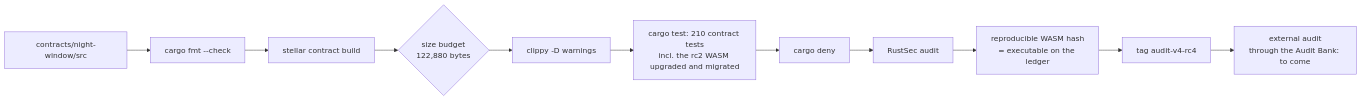
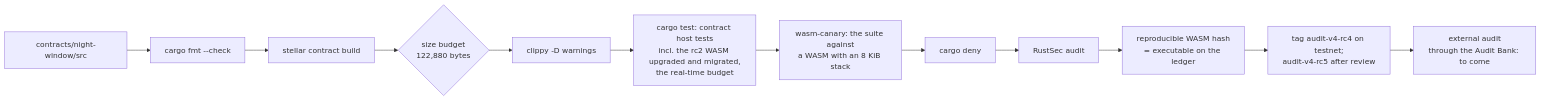
Before and after one commit to EricLtx/hackmeridian-2026: diagram 11 of 11 in docs/architecture.md, drawn with Mermaid. The commit also changed other lines of this file, not shown here.

First line of the commit message:
Docs: the architecture map at the rc5 candidate

````diff
--- a/docs/architecture.md
+++ b/docs/architecture.md
@@ -290,13 +299,14 @@
 ```mermaid
 flowchart LR
   SRC[contracts/night-window/src] --> FMT[cargo fmt --check]
   FMT --> BLD[stellar contract build]
   BLD --> SZ{size budget<br/>122,880 bytes}
   SZ --> CL[clippy -D warnings]
-  CL --> TST[cargo test: 210 contract tests<br/>incl. the rc2 WASM upgraded and migrated]
-  TST --> DENY[cargo deny]
+  CL --> TST[cargo test: contract host tests<br/>incl. the rc2 WASM upgraded and migrated,<br/>the real-time budget]
+  TST --> CAN[wasm-canary: the suite against<br/>a WASM with an 8 KiB stack]
+  CAN --> DENY[cargo deny]
   DENY --> AUD[RustSec audit]
   AUD --> HASH[reproducible WASM hash<br/>= executable on the ledger]
-  HASH --> TAG[tag audit-v4-rc4]
+  HASH --> TAG[tag audit-v4-rc4 on testnet;<br/>audit-v4-rc5 after review]
   TAG --> EXT[external audit<br/>through the Audit Bank: to come]
 ```
````
